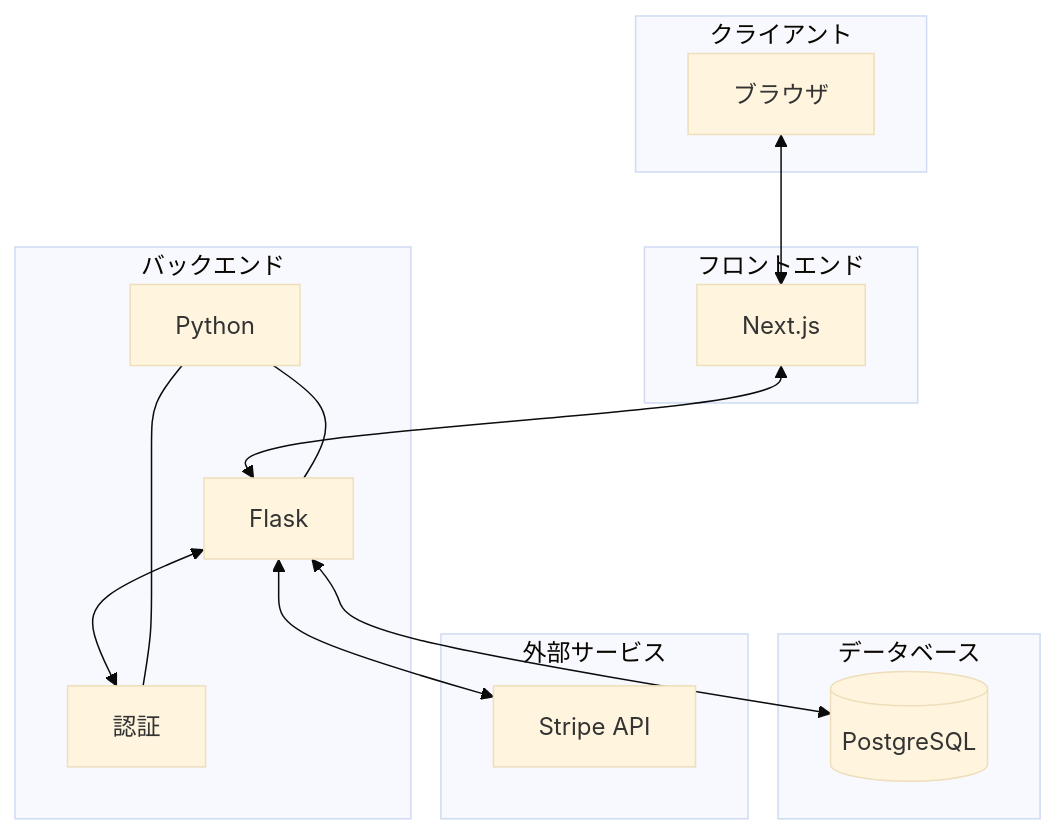
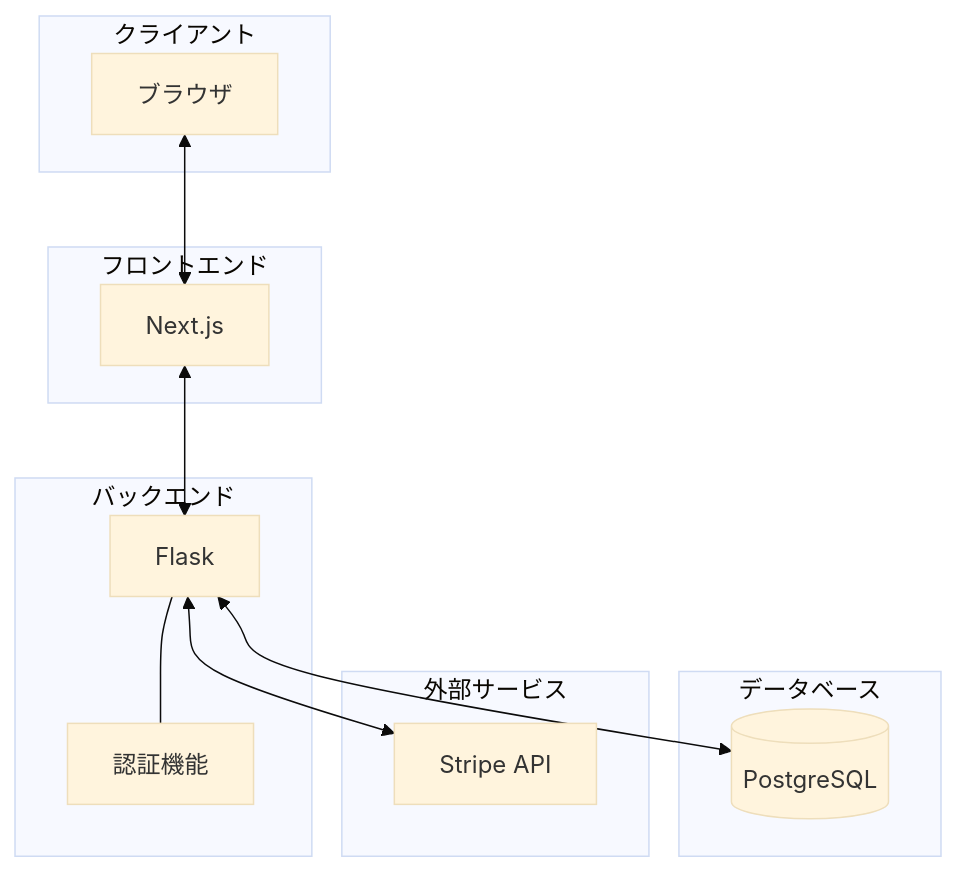
One commit to Yuka-Matsumoto/my-todo-app changed the diagram in アーキテクチャ図.md. Above: the diagram before and after it, drawn with Mermaid (base theme). The commit also changed other lines of this file and 1 other file, not shown here.

Commit message:
アーキテクチャ図と説明文の追加

````diff
--- a/アーキテクチャ図.md
+++ b/アーキテクチャ図.md
@@ -3,34 +3,31 @@
 ```mermaid
 
 graph TB
     subgraph "クライアント"
         A[ブラウザ]
     end
 
     subgraph "フロントエンド"
         B[Next.js]
     end
 
     subgraph "バックエンド"
         C[Flask]
-        D[認証]
-        G[Python]
+        D[認証機能]
     end
 
     subgraph "データベース"
         E[(PostgreSQL)]
     end
 
     subgraph "外部サービス"
         F[Stripe API]
     end
 
     A <--> B
     B <--> C
-    C <--> D
+    C --- D
     C <--> E
     C <--> F
-    G --- C
-    G --- D
 
 ```
````
